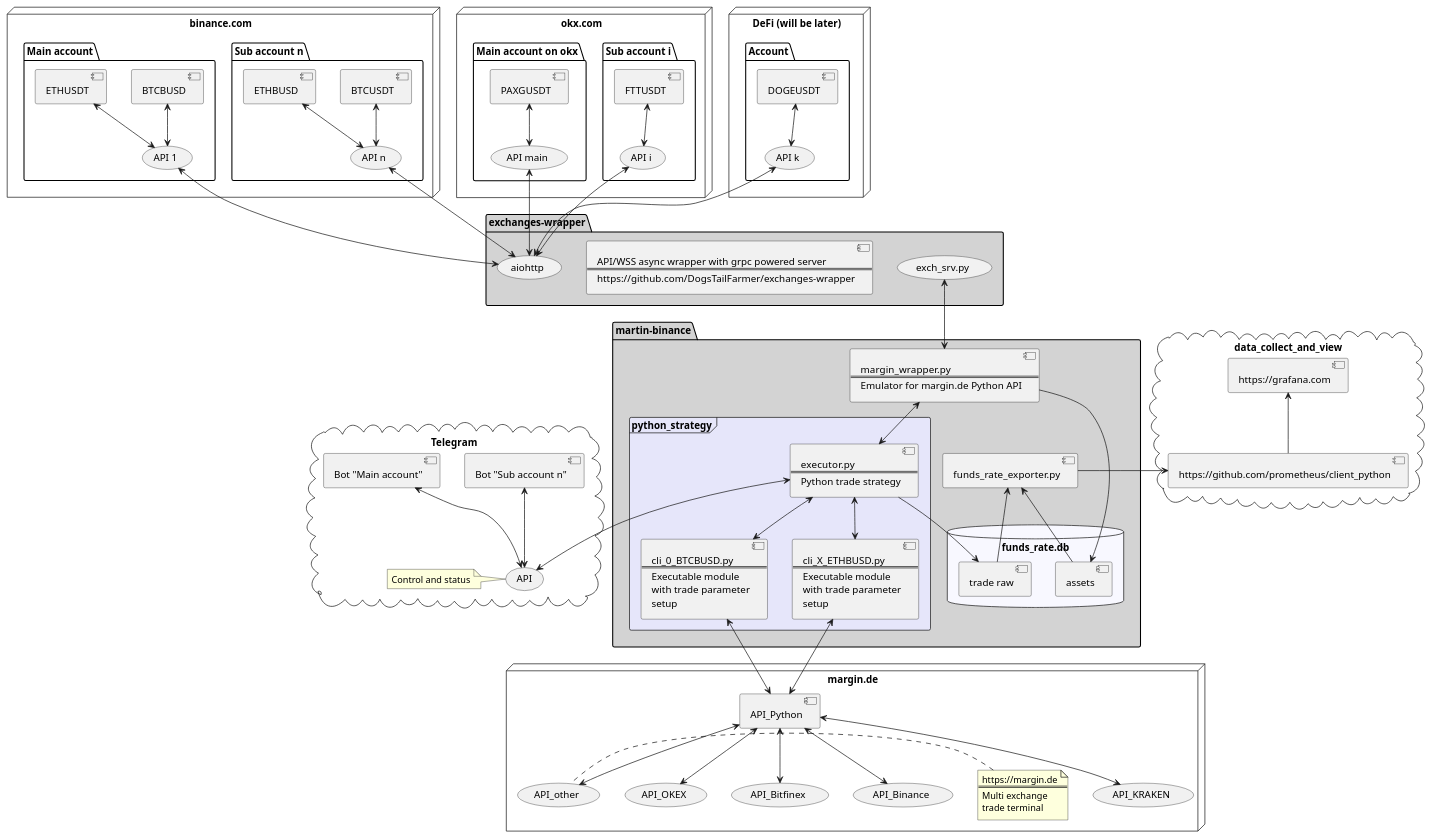
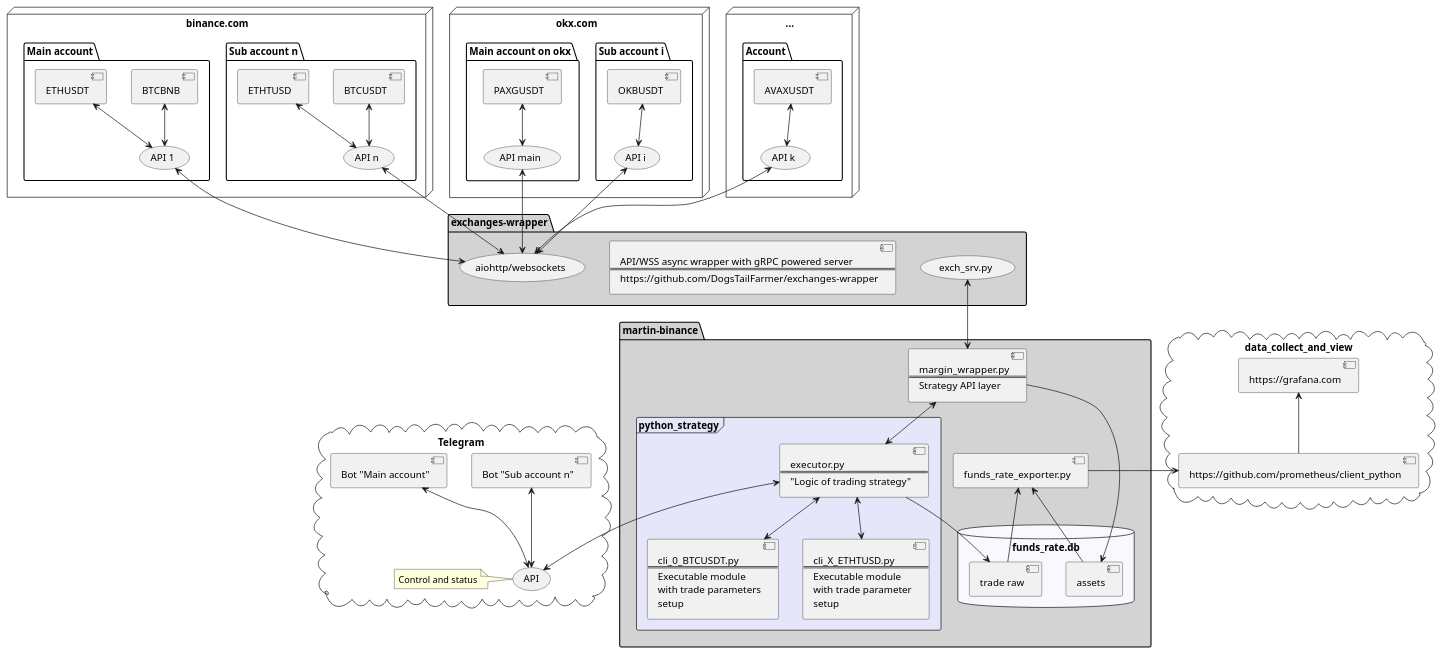
Before and after one commit to DogsTailFarmer/martin-binance: the diagram in uml/architecture.puml, drawn with PlantUML. The commit also changed 4 other files, not shown here.

```diff
--- a/uml/architecture.puml
+++ b/uml/architecture.puml
@@ -1,115 +1,99 @@
 @startuml
 'https://plantuml.com/component-diagram
 
 node "binance.com" {
     package "Sub account n" {
         [BTCUSDT] <--> (API n)
-        [ETHBUSD] <--> (API n)
+        [ETHTUSD] <--> (API n)
   }
     package "Main account" {
-        [BTCBUSD] <--> (API 1)
+        [BTCBNB] <--> (API 1)
         [ETHUSDT] <--> (API 1)
   }
 }
 
 node "okx.com" {
     package "Sub account i" {
-        [FTTUSDT] <--> (API i)
+        [OKBUSDT] <--> (API i)
   }
      package "Main account on okx" {
         [PAXGUSDT] <--> (API main)
   }
 }
 
-node "DeFi (will be later)" {
+node "..." {
      package "Account" {
-        [DOGEUSDT] <--> (API k)
+        [AVAXUSDT] <--> (API k)
   }
 }
 
 package "exchanges-wrapper" #D3D3D3 {
-    component ew [API/WSS async wrapper with grpc powered server
+    component ew [API/WSS async wrapper with gRPC powered server
     ===
     https://github.com/DogsTailFarmer/exchanges-wrapper]
-    (aiohttp)
+    (aiohttp/websockets)
     (exch_srv.py) as srv
 }
 
 package "martin-binance" #D3D3D3 {
     [funds_rate_exporter.py] as exp
     database funds_rate.db #F8F8FF {
     [assets] -up-> exp
     [trade raw] -up-> exp
     }
     component mw [
         margin_wrapper.py
         ===
-        Emulator for margin.de Python API
+        Strategy API layer
     ]
     frame python_strategy #E6E6FA {
         component ex [
             executor.py
             ===
-            Python trade strategy
+            "Logic of trading strategy"
         ]
         component c1 [
-            cli_0_BTCBUSD.py
+            cli_0_BTCUSDT.py
             ===
             Executable module
-            with trade parameter
+            with trade parameters
             setup
         ]
         component cn [
-            cli_X_ETHBUSD.py
+            cli_X_ETHTUSD.py
             ===
             Executable module
             with trade parameter
             setup
         ]
    }
 [mw] <-up-> [srv]
 [ex] <-up-> [mw]
 [c1] <-up-> [ex]
 [cn] <-up-> [ex]
 }
 
 cloud Telegram {
     [Bot "Sub account n"] <-down-> (API)
     [Bot "Main account"] <-down-> (API)
     note left of API : Control and status
 }
 
 cloud data_collect_and_view {
 [https://grafana.com] as gr
 [https://github.com/prometheus/client_python] as prom
 }
 
-node "margin.de" {
-    (API_OKEX) <-up-> [API_Python]
-    (API_KRAKEN) <-up-> [API_Python]
-    (API_Bitfinex) <-up-> [API_Python]
-    (API_Binance) <-up-> [API_Python]
-    (API_other) <-up-> [API_Python]
-    note left
-        https://margin.de
-        ===
-        Multi exchange
-        trade terminal
-    end note
-}
 
-
-[aiohttp] <-up-> (API 1)
-[aiohttp] <-up-> (API n)
-[aiohttp] <-up-> (API main)
-[aiohttp] <-up-> (API i)
-[aiohttp] <-up-> (API k)
-[c1] <-down-> [API_Python]
-[cn] <-down-> [API_Python]
+[aiohttp/websockets] <-up-> (API 1)
+[aiohttp/websockets] <-up-> (API n)
+[aiohttp/websockets] <-up-> (API main)
+[aiohttp/websockets] <-up-> (API i)
+[aiohttp/websockets] <-up-> (API k)
 [ex] --> [trade raw]
 [mw] --> [assets]
 [exp] -left-> prom
 prom -up-> gr
 [ex] <--> API
 
 @enduml
```
